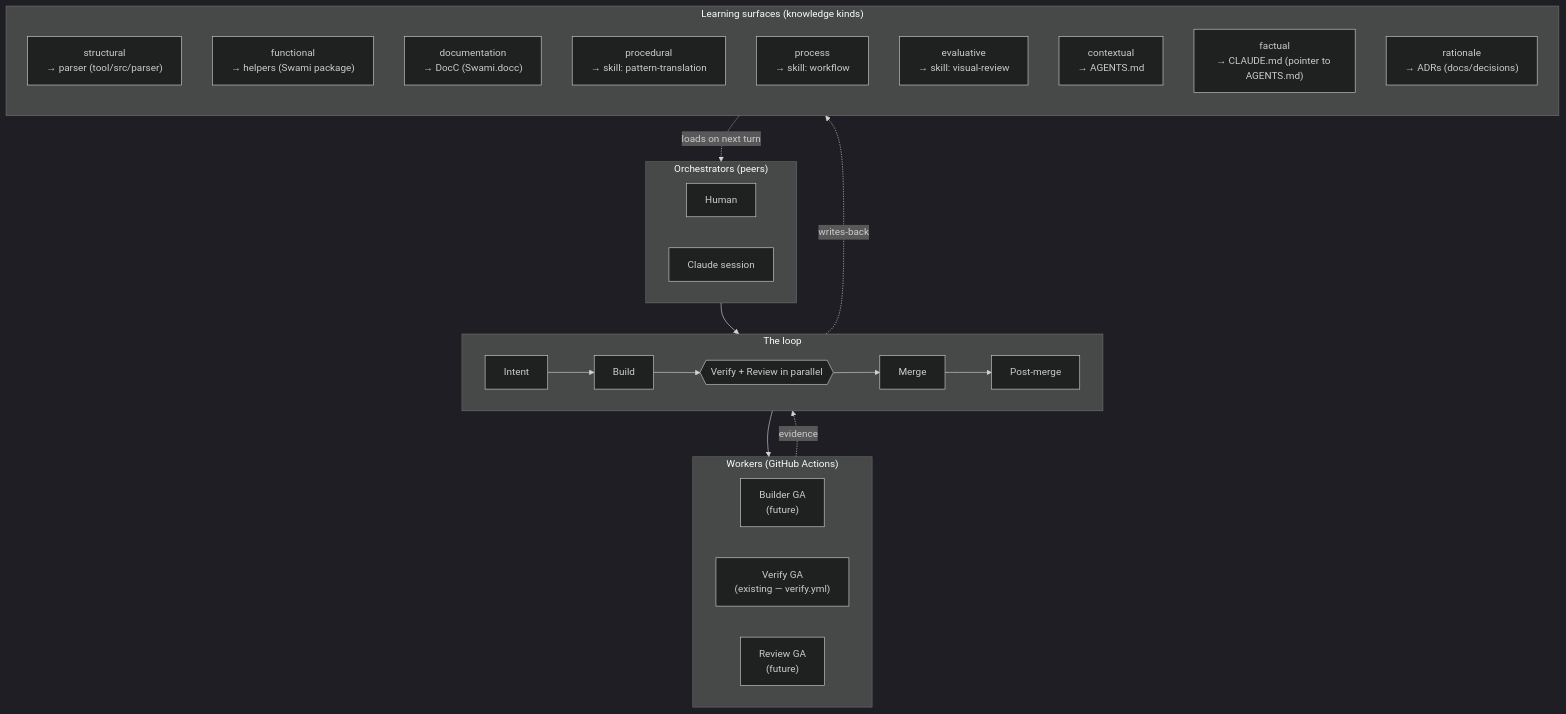
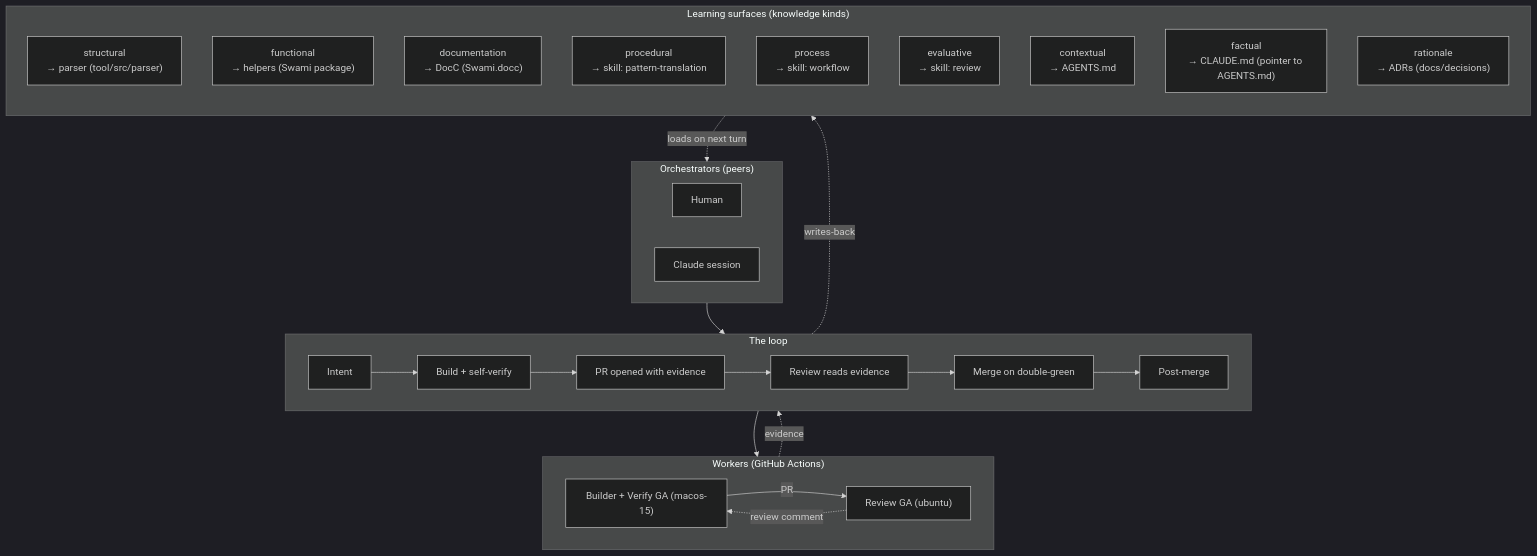
The diagram in AGENTS.md (swamikit/swami), drawn with Mermaid (dark theme) before and after one commit. The commit also changed other lines of this file and 1 other file, not shown here.

First line of the commit message:
fix: reflect latest alignment — Build+Verify consolidated, review rename, verified-delivery rebuttal

````diff
--- a/AGENTS.md
+++ b/AGENTS.md
@@ -210,42 +216,44 @@
 ```mermaid
 flowchart TB
     subgraph Orchestrators["Orchestrators (peers)"]
         direction LR
         H[Human]
         C[Claude session]
     end
 
     subgraph Workers["Workers (GitHub Actions)"]
         direction LR
-        B["Builder GA<br/>(future)"]
-        V["Verify GA<br/>(existing — verify.yml)"]
-        R["Review GA<br/>(future)"]
+        B["Builder + Verify GA (macos-15)"]
+        R["Review GA (ubuntu)"]
     end
 
     subgraph Loop["The loop"]
         direction LR
-        I[Intent] --> BLD[Build]
-        BLD --> P{{Verify + Review in parallel}}
-        P --> M[Merge]
+        I[Intent] --> BLD[Build + self-verify]
+        BLD --> PR_[PR opened with evidence]
+        PR_ --> REV[Review reads evidence]
+        REV --> M[Merge on double-green]
         M --> PM[Post-merge]
     end
 
     subgraph Learning["Learning surfaces (knowledge kinds)"]
         direction TB
         S["structural<br/>→ parser (tool/src/parser)"]
         F["functional<br/>→ helpers (Swami package)"]
         D["documentation<br/>→ DocC (Swami.docc)"]
-        PR["procedural<br/>→ skill: pattern-translation"]
+        PRC["procedural<br/>→ skill: pattern-translation"]
         PW["process<br/>→ skill: workflow"]
-        E["evaluative<br/>→ skill: visual-review"]
+        E["evaluative<br/>→ skill: review"]
         CX["contextual<br/>→ AGENTS.md"]
         FA["factual<br/>→ CLAUDE.md (pointer to AGENTS.md)"]
         RA["rationale<br/>→ ADRs (docs/decisions)"]
     end
 
     Orchestrators --> Loop
     Loop --> Workers
+    B -->|PR| R
+    R -.review comment.-> B
     Workers -.evidence.-> Loop
     Loop -.writes-back.-> Learning
     Learning -.loads on next turn.-> Orchestrators
 ```
````
